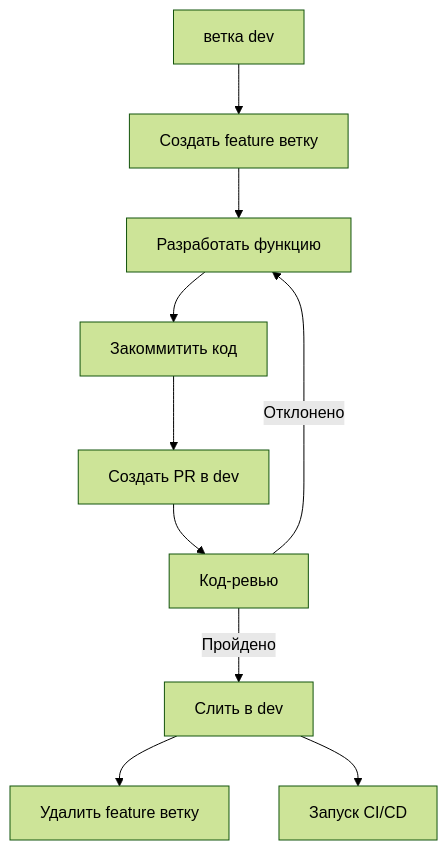
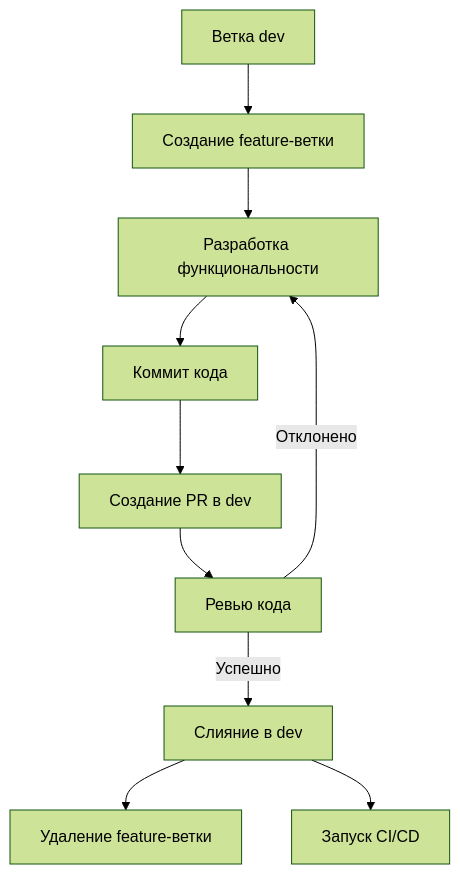
Before and after one commit to ChenXu233/YaoXiang: the first of 3 diagrams in docs/src/ru/dev/branch-maintenance-guide.md, drawn with Mermaid (forest theme). The commit also changed other lines of this file and 142 other files, not shown here.

````diff
--- a/docs/src/ru/dev/branch-maintenance-guide.md
+++ b/docs/src/ru/dev/branch-maintenance-guide.md
@@ -152,12 +153,12 @@
 ```mermaid
 graph TD
-    A[ветка dev] --> B[Создать feature ветку]
-    B --> C[Разработать функцию]
-    C --> D[Закоммитить код]
-    D --> E[Создать PR в dev]
-    E --> F[Код-ревью]
-    F -->|Пройдено| G[Слить в dev]
+    A[Ветка dev] --> B[Создание feature-ветки]
+    B --> C[Разработка функциональности]
+    C --> D[Коммит кода]
+    D --> E[Создание PR в dev]
+    E --> F[Ревью кода]
+    F -->|Успешно| G[Слияние в dev]
     F -->|Отклонено| C
-    G --> H[Удалить feature ветку]
+    G --> H[Удаление feature-ветки]
     G --> I[Запуск CI/CD]
 ```
````
